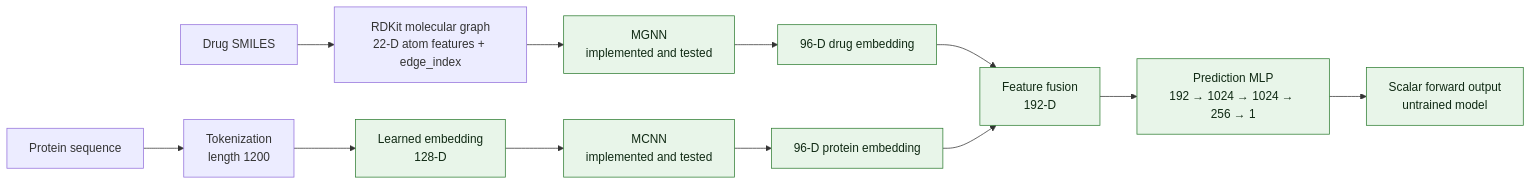
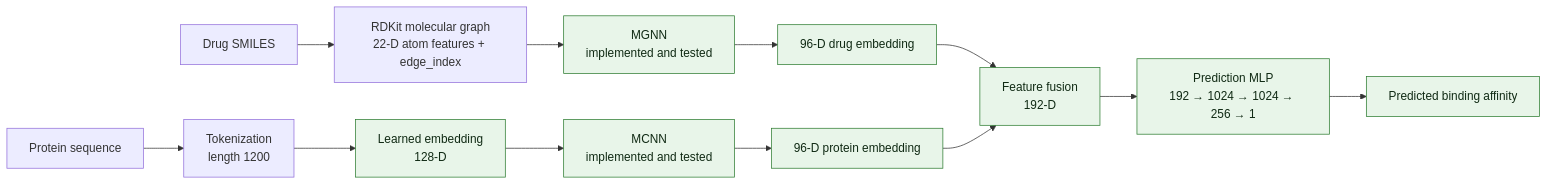
Before and after one commit to Dksingh0001/MGraphDTA: the diagram in README.md, drawn with Mermaid. The commit also changed other lines of this file and 1 other file, not shown here.

````diff
--- a/README.md
+++ b/README.md
@@ -47,20 +49,20 @@
 ```mermaid
 flowchart LR
     D[Drug SMILES] --> G[RDKit molecular graph<br/>22-D atom features + edge_index]
     G --> MGNN[MGNN<br/>implemented and tested]
     MGNN --> GD[96-D drug embedding]
 
     P[Protein sequence] --> T[Tokenization<br/>length 1200]
     T --> E[Learned embedding<br/>128-D]
     E --> MCNN[MCNN<br/>implemented and tested]
     MCNN --> PD[96-D protein embedding]
 
     GD --> F[Feature fusion<br/>192-D]
     PD --> F
     F --> MLP[Prediction MLP<br/>192 → 1024 → 1024 → 256 → 1]
-    MLP --> A[Scalar forward output<br/>untrained model]
+    MLP --> A[Predicted binding affinity]
 
     classDef done fill:#e8f5e9,stroke:#2e7d32,color:#102a14;
     classDef planned fill:#fff8e1,stroke:#ed6c02,color:#3b2a00,stroke-dasharray:5 5;
     class MGNN,GD,E,MCNN,PD,F,MLP,A done;
 ```
````
